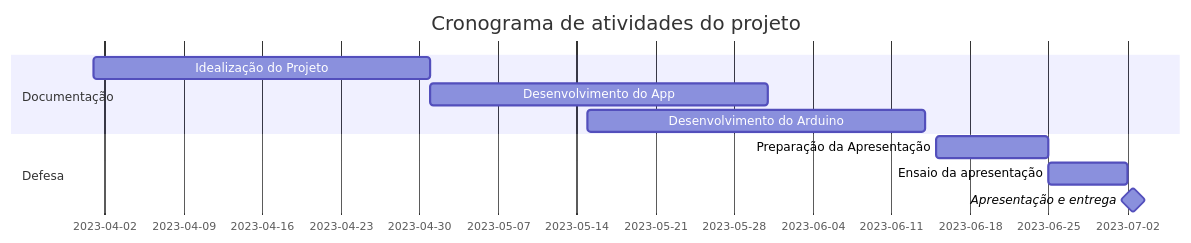
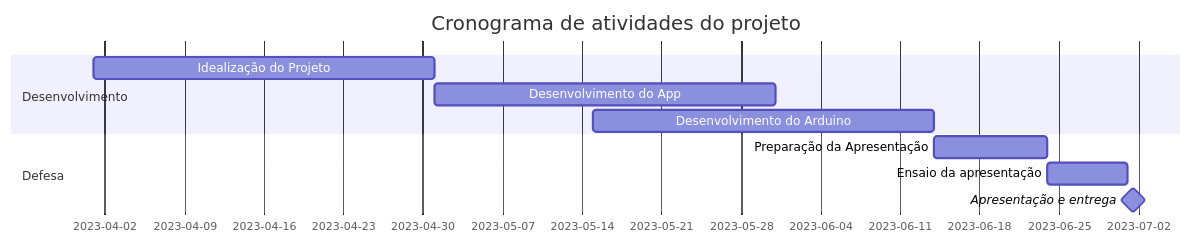
One commit to JVictor1012/Plant-Care-Projeto-Integrador changed the diagram in README.md. Above: the diagram before and after it, drawn with Mermaid.

````diff
--- a/README.md
+++ b/README.md
@@ -6,18 +6,18 @@
 ```mermaid
     gantt
     title Cronograma de atividades do projeto
     dateFormat  YYYY-MM-DD
-    section Documentação 
+    section Desenvolvimento 
     Idealização do Projeto      :a1, 2023-04-01, 30d
-    Desenvolvimento do App   :a2, after a1  , 30d
-    Desenvolvimento do Arduino   :a3, 2023-05-15 , 30d
+    Desenvolvimento do App      :a2, after a1  , 30d
+    Desenvolvimento do Arduino  :a3, 2023-05-15 , 30d
     
     
     
   
     
     section Defesa
-    Preparação da Apresentação :p1, 2023-06-15, 10d
+    Preparação da Apresentação :p1, after a3, 10d
     Ensaio da apresentação :p2, after p1, 7d
     Apresentação e entrega  :milestone, after p2, 1d
 ```
````
